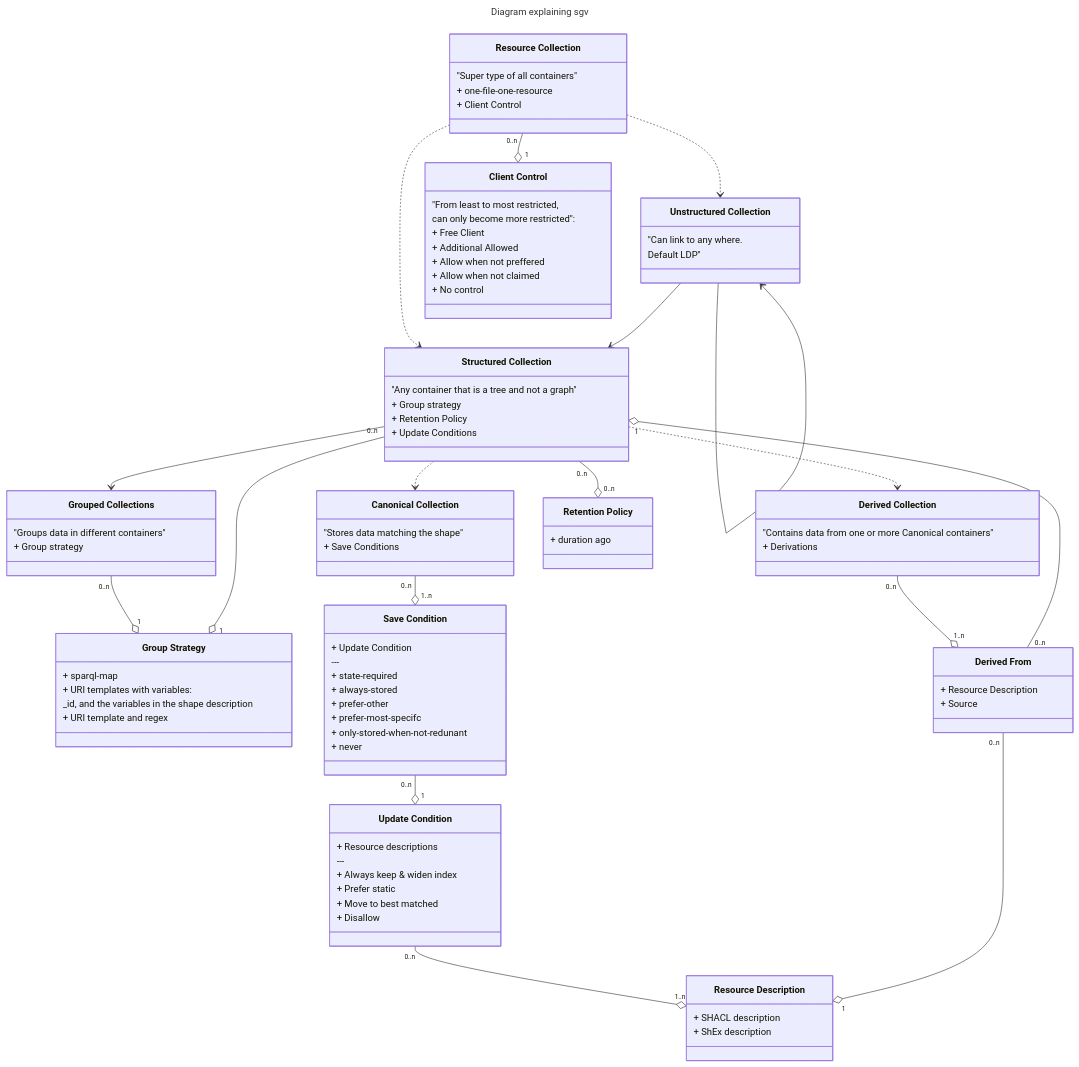
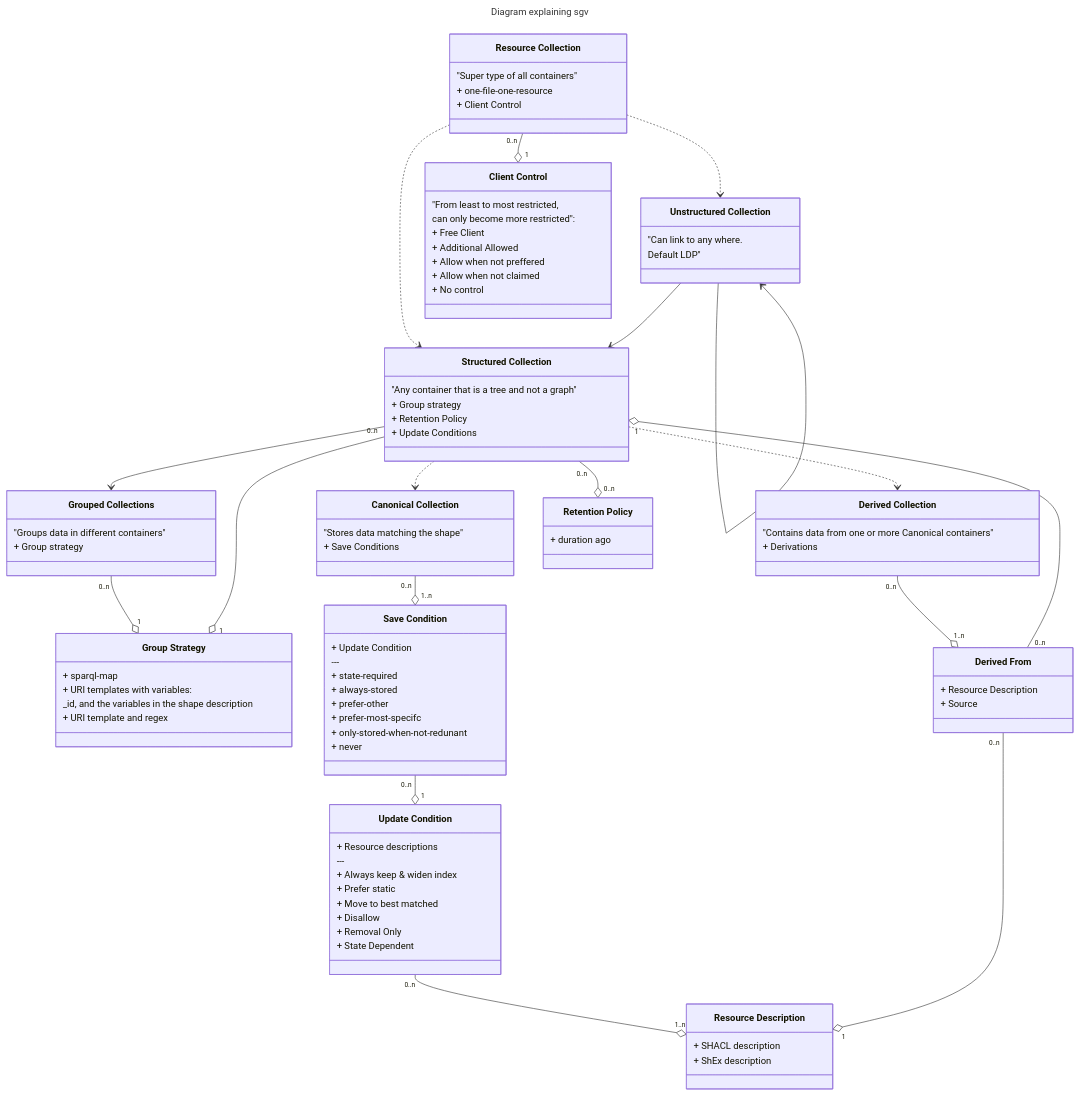
One commit to jitsedesmet/thesis changed the second of 2 diagrams in solution/storage-guidance-vocabulary/index.md. Above: the diagram before and after it, drawn with Mermaid. The commit also changed 3 other files, not shown here.

Commit message:
update graphs, again

```diff
--- a/solution/storage-guidance-vocabulary/index.md
+++ b/solution/storage-guidance-vocabulary/index.md
@@ -148,6 +148,8 @@
     + Prefer static
     + Move to best matched
     + Disallow
+    + Removal Only
+    + State Dependent
   }
 
   C "0..n" --o "1" CControl
```
